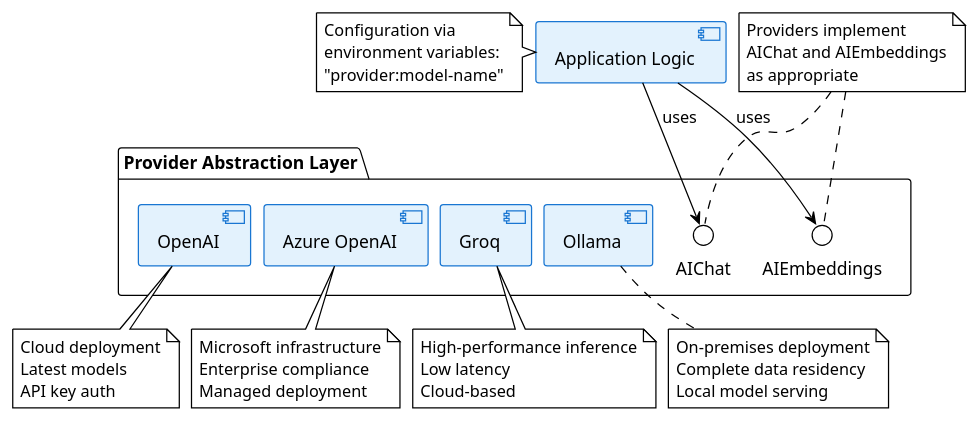
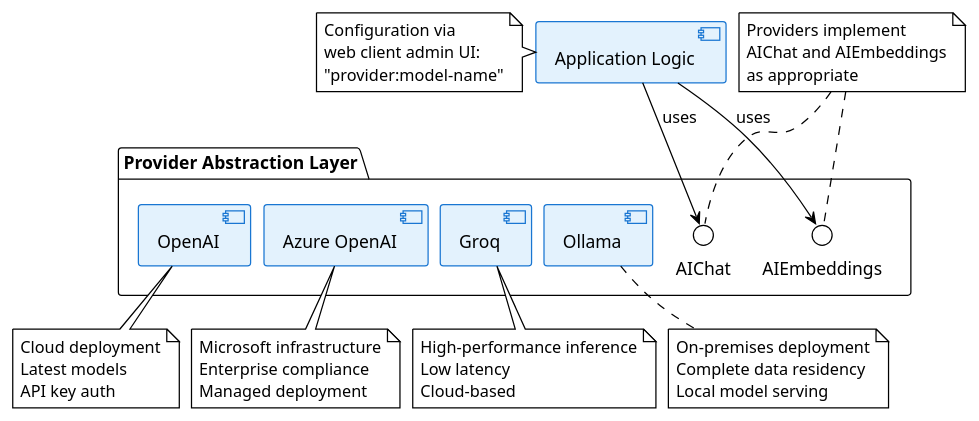
The diagram in diagrams/provider-abstraction.pu (3liasP/msc-thesis), drawn with PlantUML before and after one commit. The commit also changed 7 other files, not shown here.

```diff
--- a/diagrams/provider-abstraction.pu
+++ b/diagrams/provider-abstraction.pu
@@ -1,69 +1,69 @@
 @startuml
 !theme plain
 
 skinparam component {
     BackgroundColor #E3F2FD
     BorderColor #1976D2
 }
 skinparam nodesep 10
 skinparam ranksep 20
 
 package "Provider Abstraction Layer" {
     interface "AIChat" as chat
     
     interface "AIEmbeddings" as embeddings
     
     component "OpenAI" as openai
     
     component "Azure OpenAI" as azure
     
     component "Groq" as groq
     
     component "Ollama" as ollama
 }
 
 component "Application Logic" as app
 
 app --> chat : uses
 app --> embeddings : uses
 
 note as N1
     Providers implement
     AIChat and AIEmbeddings
     as appropriate
 end note
 
 N1 .. chat
 N1 .. embeddings
 
 note bottom of openai
     Cloud deployment
     Latest models
     API key auth
 end note
 
 note bottom of azure
     Microsoft infrastructure
     Enterprise compliance
     Managed deployment
 end note
 
 note bottom of groq
     High-performance inference
     Low latency
     Cloud-based
 end note
 
 note bottom of ollama
     On-premises deployment
     Complete data residency
     Local model serving
 end note
 
 note left of app
     Configuration via
-    environment variables:
+    web client admin UI:
     "provider:model-name"
 end note
 
 @enduml
```
